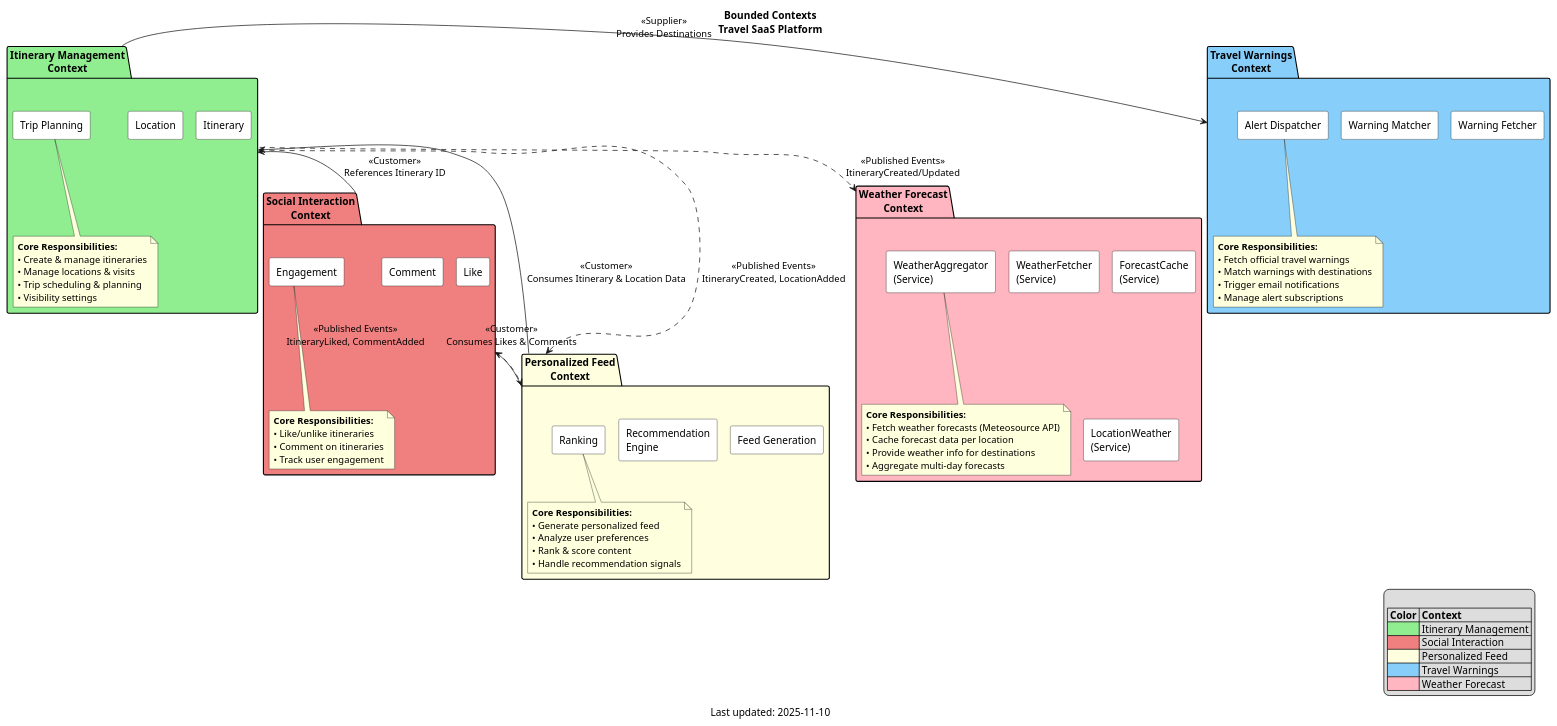
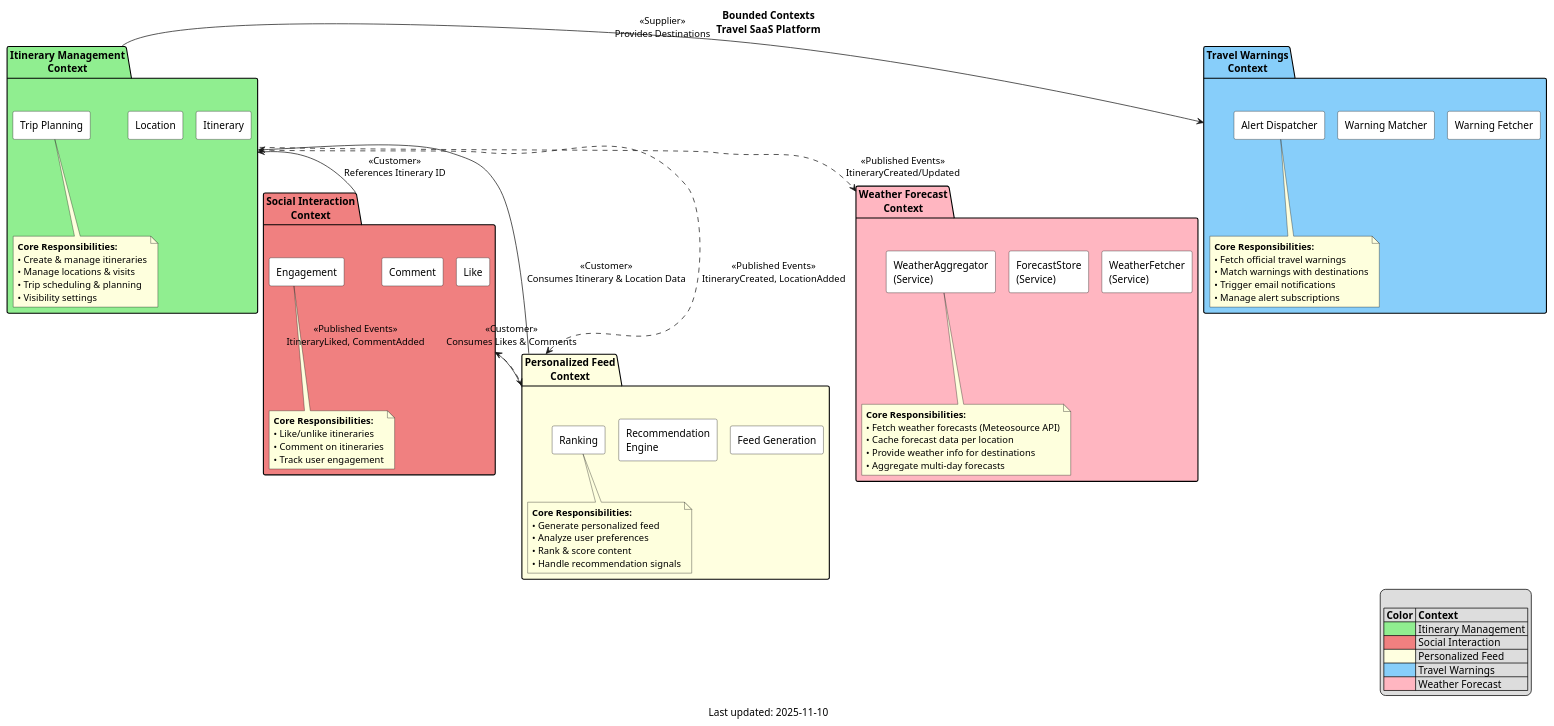
One commit to leotschritter/cad-backend changed the diagram in docs/diagrams/domain/02_domain_model_bounded_contexts.puml. Above: the diagram before and after it, drawn with PlantUML.

```diff
--- a/docs/diagrams/domain/02_domain_model_bounded_contexts.puml
+++ b/docs/diagrams/domain/02_domain_model_bounded_contexts.puml
@@ -1,139 +1,138 @@
 @startuml BoundedContexts
 !pragma layout smetana
 
 title Bounded Contexts\nTravel SaaS Platform
 caption Last updated: 2025-11-10
 
 ' ----------------------------------------------------------
 ' Existing bounded contexts
 ' ----------------------------------------------------------
 
 /'package "Identity & Access\nContext" as IdentityContext #LightBlue {
   rectangle "User" #White
   rectangle "Authentication" #White
   rectangle "Authorization" #White
 
   note bottom
     **Core Responsibilities:**
     • User registration & profile
     • Authentication & tokens
     • Role & permission management
     • Tenant configuration
   end note
 }'/
 
 package "Itinerary Management\nContext" as ItineraryContext #LightGreen {
   rectangle "Itinerary" #White
   rectangle "Location" #White
   rectangle "Trip Planning" #White
 
   note bottom
     **Core Responsibilities:**
     • Create & manage itineraries
     • Manage locations & visits
     • Trip scheduling & planning
     • Visibility settings
   end note
 }
 
 package "Social Interaction\nContext" as SocialContext #LightCoral {
   rectangle "Like" #White
   rectangle "Comment" #White
   rectangle "Engagement" #White
 
   note bottom
     **Core Responsibilities:**
     • Like/unlike itineraries
     • Comment on itineraries
     • Track user engagement
   end note
 }
 
 package "Personalized Feed\nContext" as FeedContext #LightYellow {
   rectangle "Feed Generation" #White
   rectangle "Recommendation\nEngine" #White
   rectangle "Ranking" #White
 
   note bottom
     **Core Responsibilities:**
     • Generate personalized feed
     • Analyze user preferences
     • Rank & score content
     • Handle recommendation signals
   end note
 }
 
 ' ----------------------------------------------------------
 ' NEW Bounded Context: Travel Warnings
 ' ----------------------------------------------------------
 
 package "Travel Warnings\nContext" as WarningContext #LightSkyBlue {
   rectangle "Warning Fetcher" #White
   rectangle "Warning Matcher" #White
   rectangle "Alert Dispatcher" #White
 
   note bottom
     **Core Responsibilities:**
     • Fetch official travel warnings
     • Match warnings with destinations
     • Trigger email notifications
     • Manage alert subscriptions
   end note
 }
 
 ' ----------------------------------------------------------
 ' NEW Bounded Context: Weather Forecast
 ' ----------------------------------------------------------
 
 package "Weather Forecast\nContext" as WeatherContext #LightPink {
   rectangle "WeatherFetcher\n(Service)" #White
-  rectangle "ForecastCache\n(Service)" #White
-  rectangle "LocationWeather\n(Service)" #White
+  rectangle "ForecastStore\n(Service)" #White
   rectangle "WeatherAggregator\n(Service)" #White
 
   note bottom
     **Core Responsibilities:**
     • Fetch weather forecasts (Meteosource API)
     • Cache forecast data per location
     • Provide weather info for destinations
     • Aggregate multi-day forecasts
   end note
 }
 
 ' ----------------------------------------------------------
 ' Relationships
 ' ----------------------------------------------------------
 
 ' Social context interacts with Itinerary
 SocialContext -up-> ItineraryContext : <<Customer>>\nReferences Itinerary ID
 
 ' Feed context consumes data from Social and Itinerary
 FeedContext -up-> SocialContext : <<Customer>>\nConsumes Likes & Comments
 FeedContext -up-> ItineraryContext : <<Customer>>\nConsumes Itinerary & Location Data
 
 ' Warning contexts depend on Itinerary for matching
 ItineraryContext -right-> WarningContext : <<Supplier>>\nProvides Destinations
 
 ' Contexts publish events
 SocialContext ..> FeedContext : <<Published Events>>\nItineraryLiked, CommentAdded
 ItineraryContext ..> FeedContext : <<Published Events>>\nItineraryCreated, LocationAdded
 
 ' Weather Context subscribes to itinerary events for forecast caching
 ItineraryContext ..> WeatherContext : <<Published Events>>\nItineraryCreated/Updated
 
 
 ' ----------------------------------------------------------
 ' Legend
 ' ----------------------------------------------------------
 
 legend right
 
   |= Color |= Context |
   | <#LightGreen> | Itinerary Management |
   | <#LightCoral> | Social Interaction |
   | <#LightYellow> | Personalized Feed |
   | <#LightSkyBlue> | Travel Warnings |
   | <#LightPink> | Weather Forecast |
 endlegend
 
 @enduml
```
